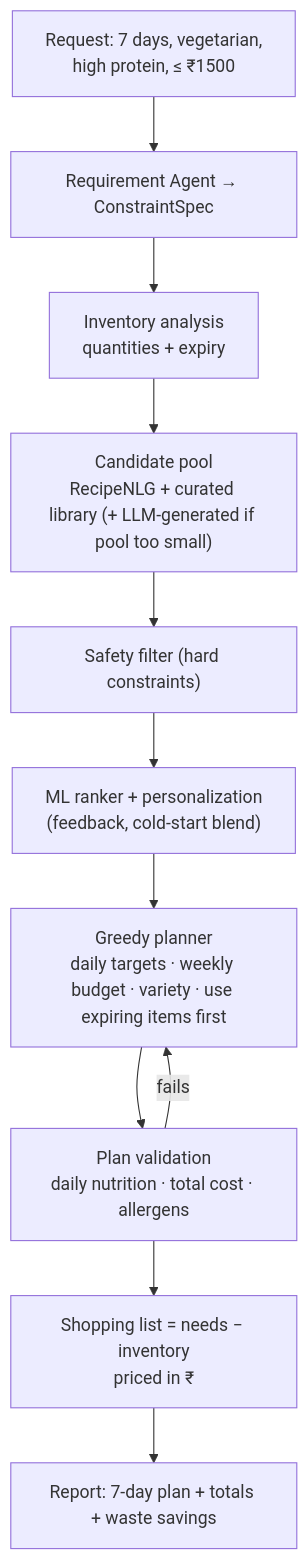
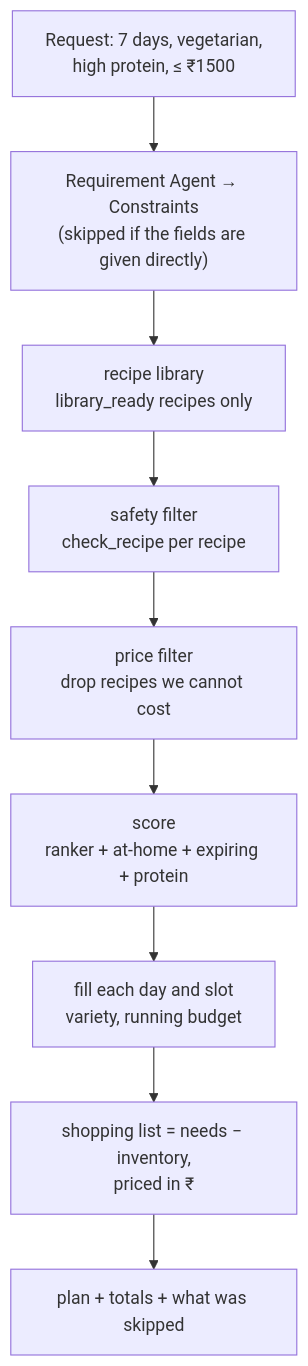
One commit to ShubhranshuVerma/NutriChef_AI changed the third of 6 diagrams in docs/architecture.md. Above: the diagram before and after it, drawn with Mermaid. The commit also changed other lines of this file and 16 other files, not shown here.

````diff
--- a/docs/architecture.md
+++ b/docs/architecture.md
@@ -109,13 +113,11 @@
 ```mermaid
 flowchart TD
-    A["Request: 7 days, vegetarian,<br/>high protein, ≤ ₹1500"] --> B["Requirement Agent → ConstraintSpec"]
-    B --> C["Inventory analysis<br/>quantities + expiry"]
-    C --> D["Candidate pool<br/>RecipeNLG + curated library (+ LLM-generated if pool too small)"]
-    D --> E["Safety filter (hard constraints)"]
-    E --> F["ML ranker + personalization<br/>(feedback, cold-start blend)"]
-    F --> G["Greedy planner<br/>daily targets · weekly budget · variety · use expiring items first"]
-    G --> H["Plan validation<br/>daily nutrition · total cost · allergens"]
-    H -->|"fails"| G
-    H --> I["Shopping list = needs − inventory<br/>priced in ₹"]
-    I --> J["Report: 7-day plan + totals + waste savings"]
+    A["Request: 7 days, vegetarian,<br/>high protein, ≤ ₹1500"] --> B["Requirement Agent → Constraints<br/>(skipped if the fields are given directly)"]
+    B --> C["recipe library<br/>library_ready recipes only"]
+    C --> D["safety filter<br/>check_recipe per recipe"]
+    D --> E["price filter<br/>drop recipes we cannot cost"]
+    E --> F["score<br/>ranker + at-home + expiring + protein"]
+    F --> G["fill each day and slot<br/>variety, running budget"]
+    G --> H["shopping list = needs − inventory,<br/>priced in ₹"]
+    H --> I["plan + totals + what was skipped"]
 ```
````
